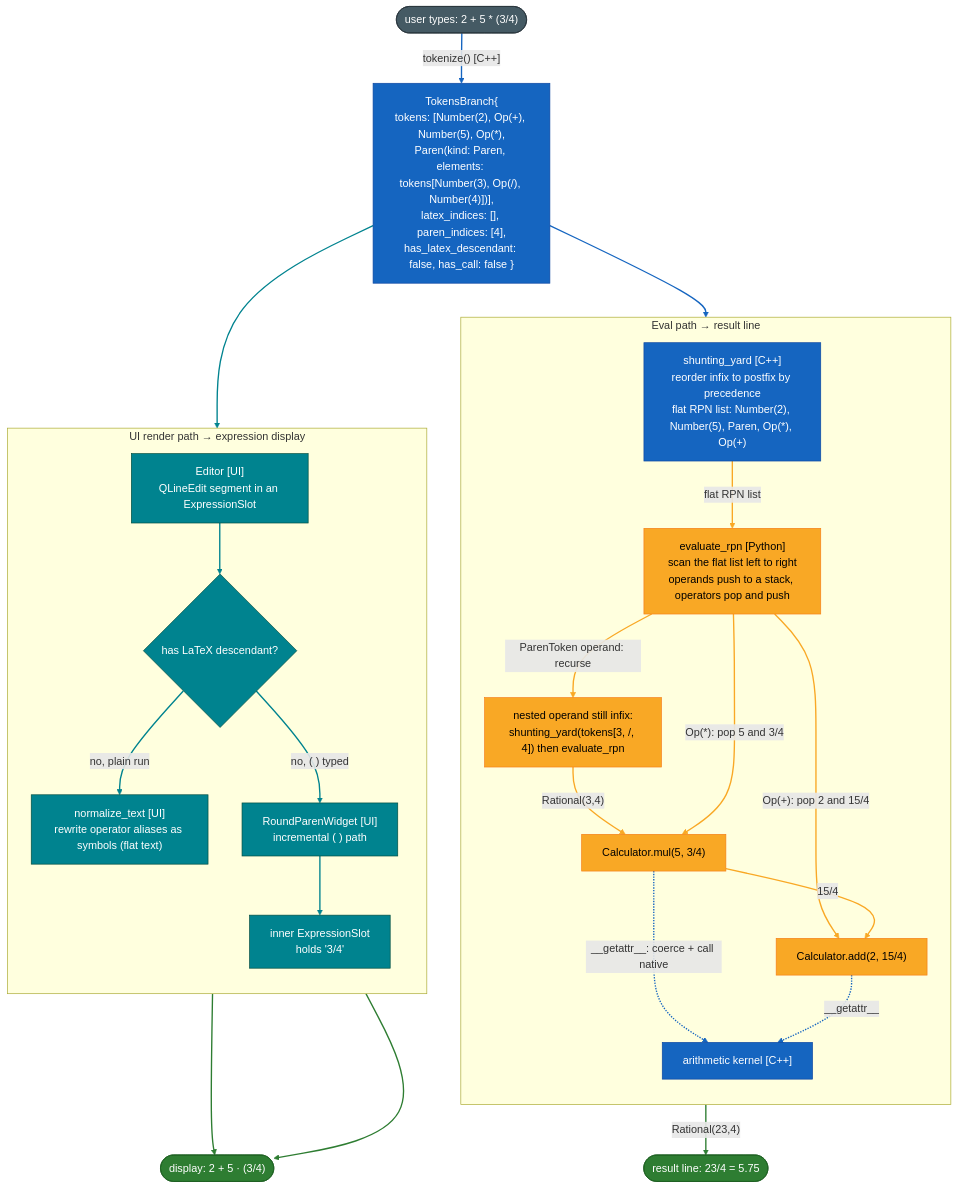
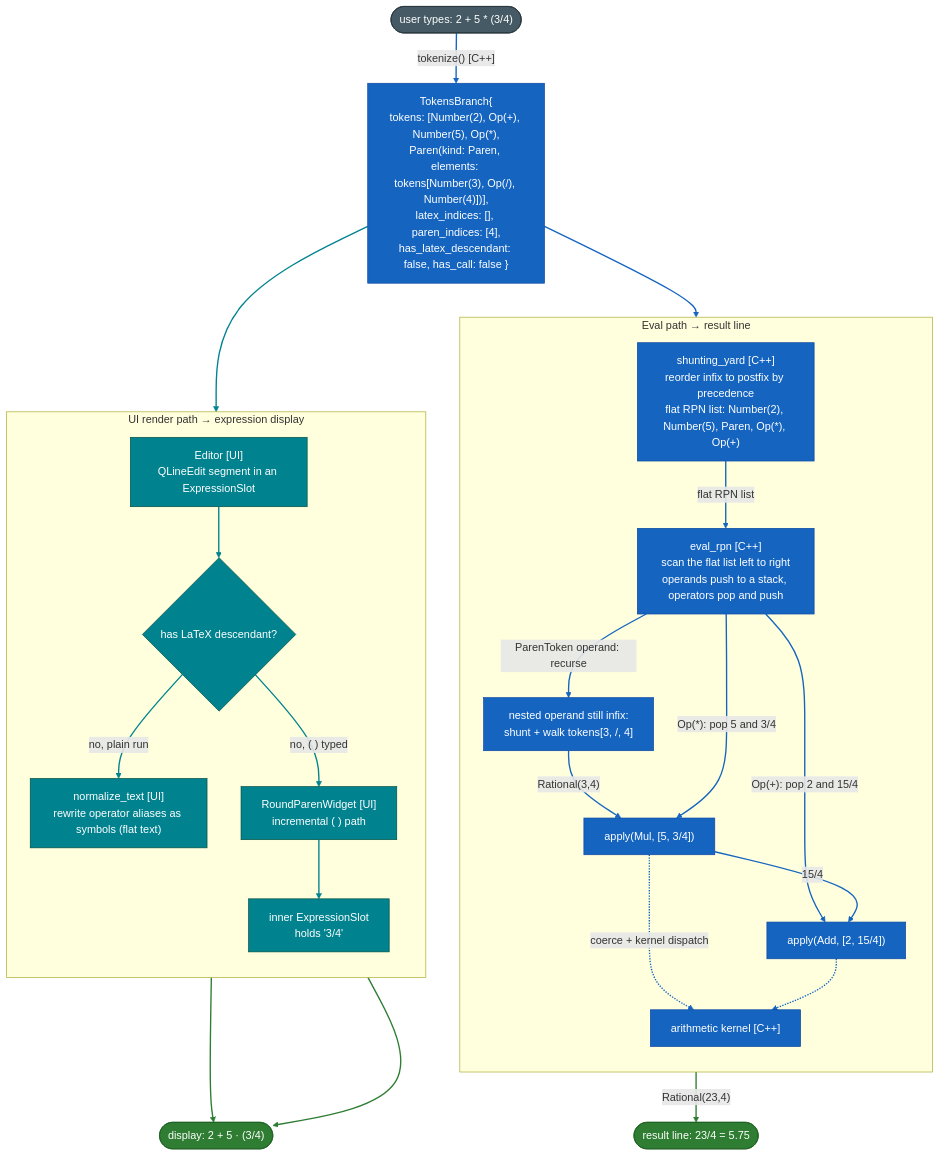
The first of 3 diagrams in docs/architecture.md (0x74h51N/TCalc), drawn with Mermaid before and after one commit. The commit also changed other lines of this file and 2 other files, not shown here.

First line of the commit message:
docs: update native evaluator

````diff
--- a/docs/architecture.md
+++ b/docs/architecture.md
@@ -59,58 +59,56 @@
 ```mermaid
 flowchart TD
     IN(["user types: 2 + 5 * (3/4)"])
     IN -->|"tokenize() [C++]"| TB["TokensBranch{<br/>tokens: [Number(2), Op(+), Number(5), Op(*),<br/>Paren(kind: Paren, elements: tokens[Number(3), Op(/), Number(4)])],<br/>latex_indices: [], paren_indices: [4],<br/>has_latex_descendant: false, has_call: false }"]
 
     subgraph EVAL ["Eval path &rarr; result line"]
         direction TB
         SY["shunting_yard [C++]<br/>reorder infix to postfix by precedence<br/>flat RPN list: Number(2), Number(5), Paren, Op(*), Op(+)"]
-        RUN["evaluate_rpn [Python]<br/>scan the flat list left to right<br/>operands push to a stack, operators pop and push"]
-        SUB["nested operand still infix:<br/>shunting_yard(tokens[3, /, 4]) then evaluate_rpn"]
-        MUL["Calculator.mul(5, 3/4)"]
-        ADD["Calculator.add(2, 15/4)"]
+        RUN["eval_rpn [C++]<br/>scan the flat list left to right<br/>operands push to a stack, operators pop and push"]
+        SUB["nested operand still infix:<br/>shunt + walk tokens[3, /, 4]"]
+        MUL["apply(Mul, [5, 3/4])"]
+        ADD["apply(Add, [2, 15/4])"]
         KERN["arithmetic kernel [C++]"]
         SY -->|flat RPN list| RUN
         RUN -->|"ParenToken operand: recurse"| SUB
         SUB -->|"Rational(3,4)"| MUL
         RUN -->|"Op(*): pop 5 and 3/4"| MUL
         RUN -->|"Op(+): pop 2 and 15/4"| ADD
         MUL -->|"15/4"| ADD
-        MUL -.->|"__getattr__: coerce + call native"| KERN
-        ADD -.->|"__getattr__"| KERN
+        MUL -.->|"coerce + kernel dispatch"| KERN
+        ADD -.-> KERN
     end
 
     subgraph REND ["UI render path &rarr; expression display"]
         direction TB
         ED["Editor [UI]<br/>QLineEdit segment in an ExpressionSlot"]
         GATE{"has LaTeX descendant?"}
         NORM["normalize_text [UI]<br/>rewrite operator aliases as symbols (flat text)"]
         PW["RoundParenWidget [UI]<br/>incremental ( ) path"]
         INNER["inner ExpressionSlot<br/>holds '3/4'"]
         ED --> GATE
         GATE -->|"no, plain run"| NORM
         GATE -->|"no, ( ) typed"| PW
         PW --> INNER
     end
 
     TB --> SY
     TB --> ED
     KERN -->|"Rational(23,4)"| RES(["result line: 23/4 = 5.75"])
     NORM --> DISP(["display: 2 + 5 &middot; (3/4)"])
     INNER --> DISP
 
     classDef input fill:#455a64,stroke:#263238,color:#fff;
     classDef cpp fill:#1565c0,stroke:#0d47a1,color:#fff;
     classDef py fill:#f9a825,stroke:#f57f17,color:#000;
     classDef ui fill:#00838f,stroke:#004d40,color:#fff;
     classDef out fill:#2e7d32,stroke:#1b5e20,color:#fff;
     class IN input;
-    class TB,SY,KERN cpp;
-    class RUN,SUB,MUL,ADD py;
+    class TB,SY,KERN,RUN,SUB,MUL,ADD cpp;
     class ED,GATE,NORM,PW,INNER ui;
     class RES,DISP out;
 
-    linkStyle 0,7,8,13 stroke:#1565c0,stroke-width:2px;
-    linkStyle 1,2,3,4,5,6 stroke:#f9a825,stroke-width:2px;
+    linkStyle 0,1,2,3,4,5,6,7,8,13 stroke:#1565c0,stroke-width:2px;
     linkStyle 9,10,11,12,14 stroke:#00838f,stroke-width:2px;
     linkStyle 15,16,17 stroke:#2e7d32,stroke-width:2px;
 ```
````
